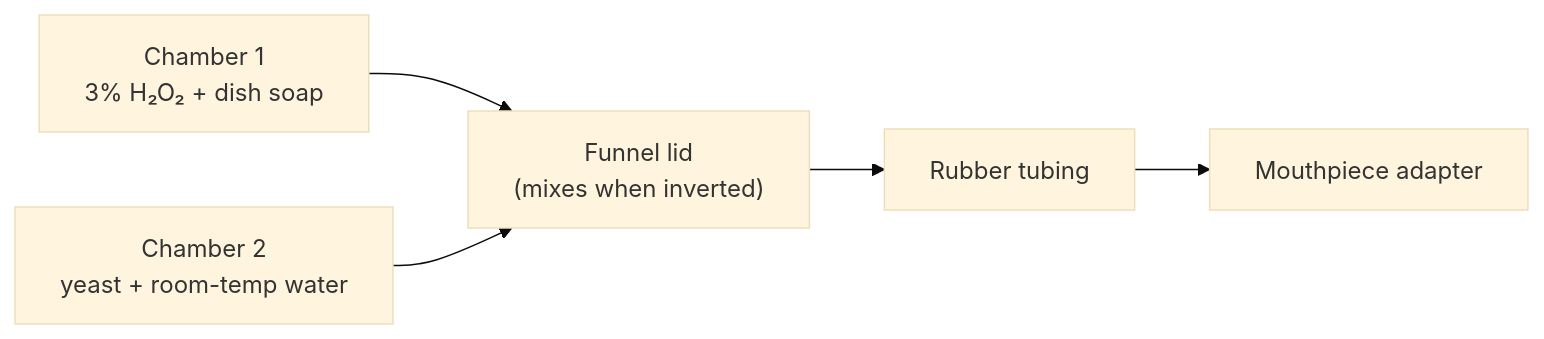
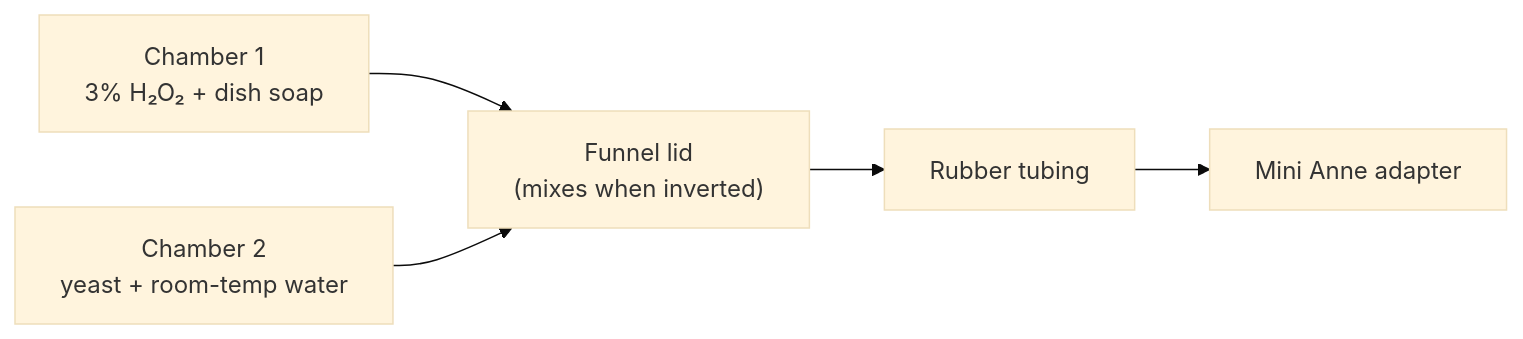
One commit to LavaTiger99/drowning-foaming-mannequin changed the diagram in README.md. Above: the diagram before and after it, drawn with Mermaid (base theme). The commit also changed other lines of this file and 1 other file, not shown here.

First line of the commit message:
Keep Mini Anne as the core kit and add buy-list prices (#5)

````diff
--- a/README.md
+++ b/README.md
@@ -34,12 +32,12 @@
 ```mermaid
 flowchart LR
   C1["Chamber 1<br/>3% H₂O₂ + dish soap"]
   C2["Chamber 2<br/>yeast + room-temp water"]
   Lid["Funnel lid<br/>(mixes when inverted)"]
   Tube["Rubber tubing"]
-  Mouth["Mouthpiece adapter"]
+  Mouth["Mini Anne adapter"]
 
   C1 --> Lid
   C2 --> Lid
   Lid --> Tube --> Mouth
 ```
````
